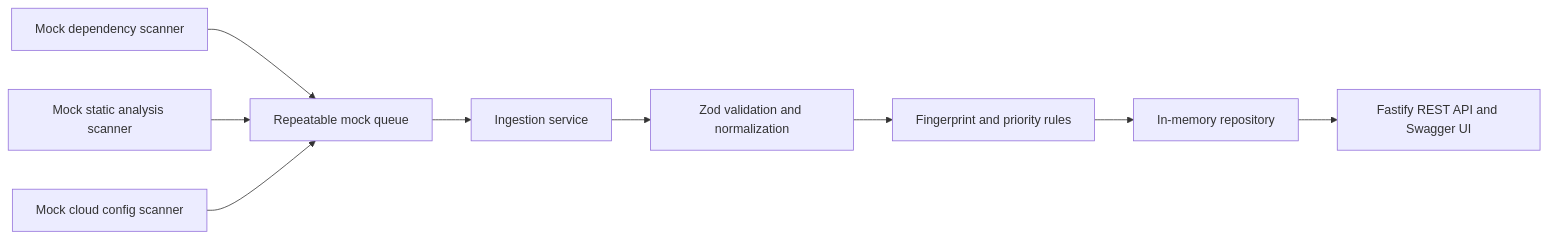
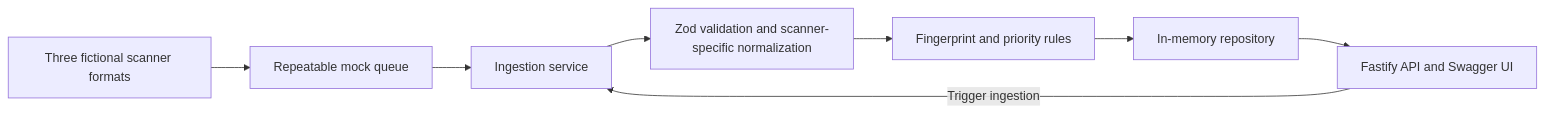
Before and after one commit to arielszklarkiewicz/security-findings-hub: the diagram in README.md, drawn with Mermaid. The commit also changed other lines of this file and 6 other files, not shown here.

````diff
--- a/README.md
+++ b/README.md
@@ -9,11 +11,10 @@
 ```mermaid
 flowchart LR
-  A[Mock dependency scanner] --> Q[Repeatable mock queue]
-  B[Mock static analysis scanner] --> Q
-  C[Mock cloud config scanner] --> Q
+  A[Three fictional scanner formats] --> Q[Repeatable mock queue]
   Q --> I[Ingestion service]
-  I --> N[Zod validation and normalization]
+  I --> N[Zod validation and scanner-specific normalization]
   N --> F[Fingerprint and priority rules]
   F --> R[In-memory repository]
-  R --> API[Fastify REST API and Swagger UI]
+  R --> API[Fastify API and Swagger UI]
+  API -->|Trigger ingestion| I
 ```
````
